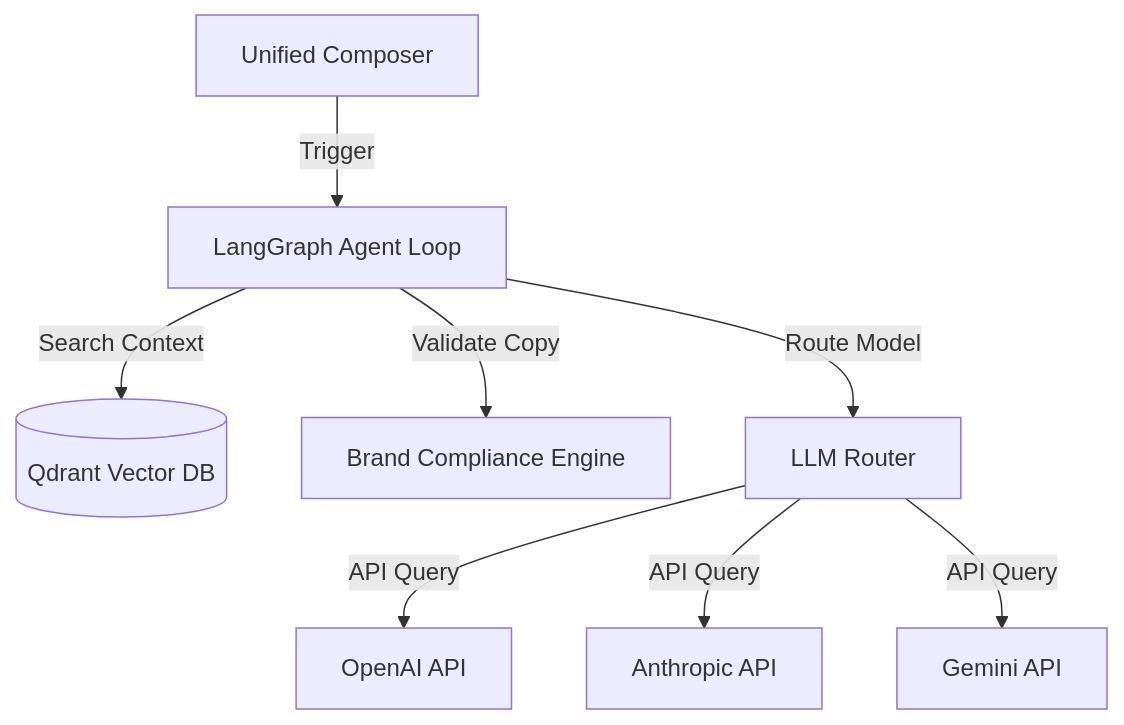
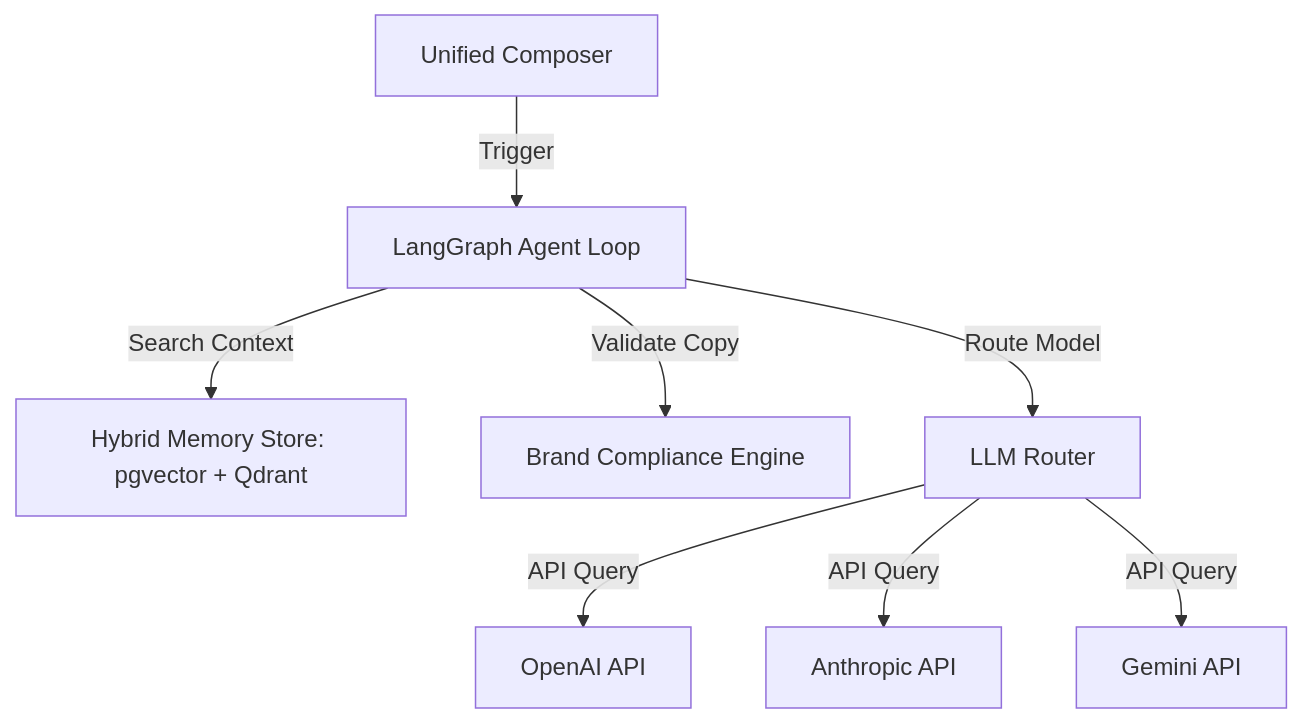
One commit to rjmad1/Fluxora changed the first of 2 diagrams in wiki/AI-Agent-Guide.md. Above: the diagram before and after it, drawn with Mermaid. The commit also changed other lines of this file and 32 other files, not shown here.

````diff
--- a/wiki/AI-Agent-Guide.md
+++ b/wiki/AI-Agent-Guide.md
@@ -11,11 +11,11 @@
 ```mermaid
 graph TD
     Composer[Unified Composer] -->|Trigger| LangGraph[LangGraph Agent Loop]
-    LangGraph -->|Search Context| Qdrant[(Qdrant Vector DB)]
+    LangGraph -->|Search Context| Memory[Hybrid Memory Store: pgvector + Qdrant]
     LangGraph -->|Validate Copy| BrandCheck[Brand Compliance Engine]
     LangGraph -->|Route Model| LLMRouter[LLM Router]
     
     LLMRouter -->|API Query| OpenAI[OpenAI API]
     LLMRouter -->|API Query| Anthropic[Anthropic API]
     LLMRouter -->|API Query| Gemini[Gemini API]
 ```
````
